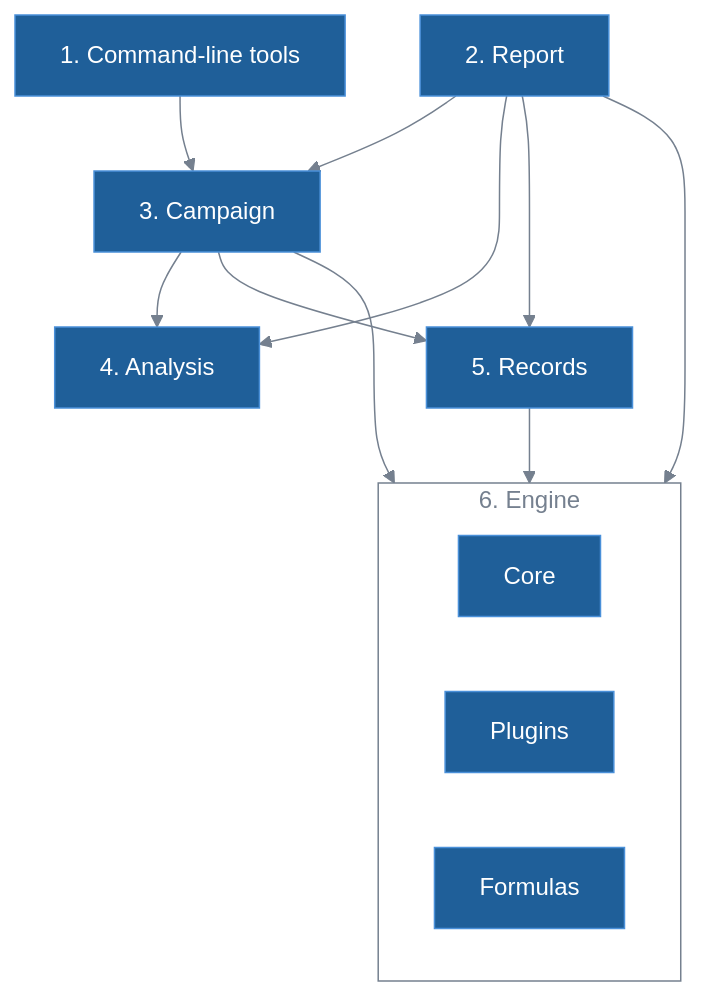
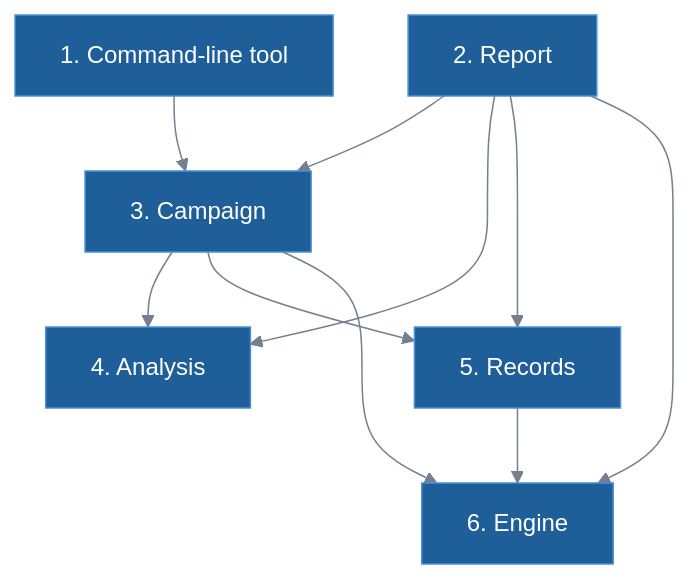
One commit to lykimq/HerdSim changed the second of 3 diagrams in docs/codes/architecture.md. Above: the diagram before and after it, drawn with Mermaid. The commit also changed other lines of this file and 70 other files, not shown here.

````diff
--- a/docs/codes/architecture.md
+++ b/docs/codes/architecture.md
@@ -38,24 +33,20 @@
 ```mermaid
 %%{init: {"theme": "base", "themeVariables": {"primaryColor": "#1f5f99", "primaryTextColor": "#ffffff", "primaryBorderColor": "#4a90d9", "lineColor": "#75808f", "tertiaryTextColor": "#75808f", "titleColor": "#75808f", "clusterBkg": "transparent", "clusterBorder": "#75808f", "edgeLabelBackground": "transparent"}}}%%
 flowchart TB
-    tools["1. Command-line tools"]
+    tools["1. Command-line tool"]
     report["2. Report"]
     campaign["3. Campaign"]
     analysis["4. Analysis"]
     records["5. Records"]
-    subgraph engine ["6. Engine"]
-        core["Core"]
-        plugins["Plugins"]
-        formulas["Formulas"]
-    end
+    engine["6. Engine"]
 
     tools --> campaign
     report --> campaign
     report --> analysis
     report --> records
     report --> engine
     campaign --> analysis
     campaign --> records
     campaign --> engine
     records --> engine
 ```
````
